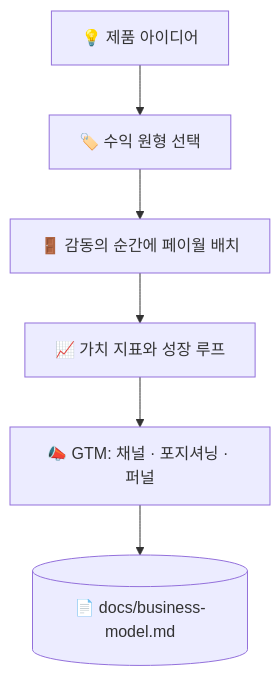
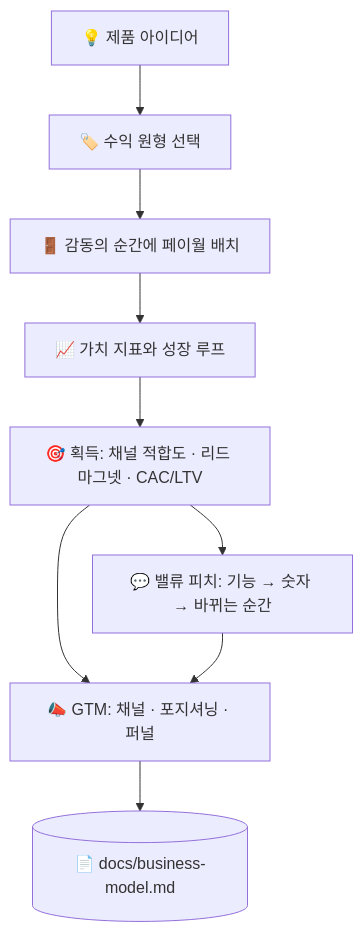
The diagram in skills/superforge-biz/README.ko.md (takaoumehara/superforge-skill), drawn with Mermaid before and after one commit. The commit also changed other lines of this file and 15 other files, not shown here.

````diff
--- a/skills/superforge-biz/README.ko.md
+++ b/skills/superforge-biz/README.ko.md
@@ -23,8 +23,11 @@
 ```mermaid
 flowchart TD
     I[💡 제품 아이디어] --> A[🏷️ 수익 원형 선택]
     A --> B[🚪 감동의 순간에 페이월 배치]
     B --> C[📈 가치 지표와 성장 루프]
-    C --> D[📣 GTM: 채널 · 포지셔닝 · 퍼널]
-    D --> E[(📄 docs/business-model.md)]
+    C --> D[🎯 획득: 채널 적합도 · 리드 마그넷 · CAC/LTV]
+    D --> P[💬 밸류 피치: 기능 → 숫자 → 바뀌는 순간]
+    D --> E2[📣 GTM: 채널 · 포지셔닝 · 퍼널]
+    P --> E2
+    E2 --> E[(📄 docs/business-model.md)]
 ```
````
